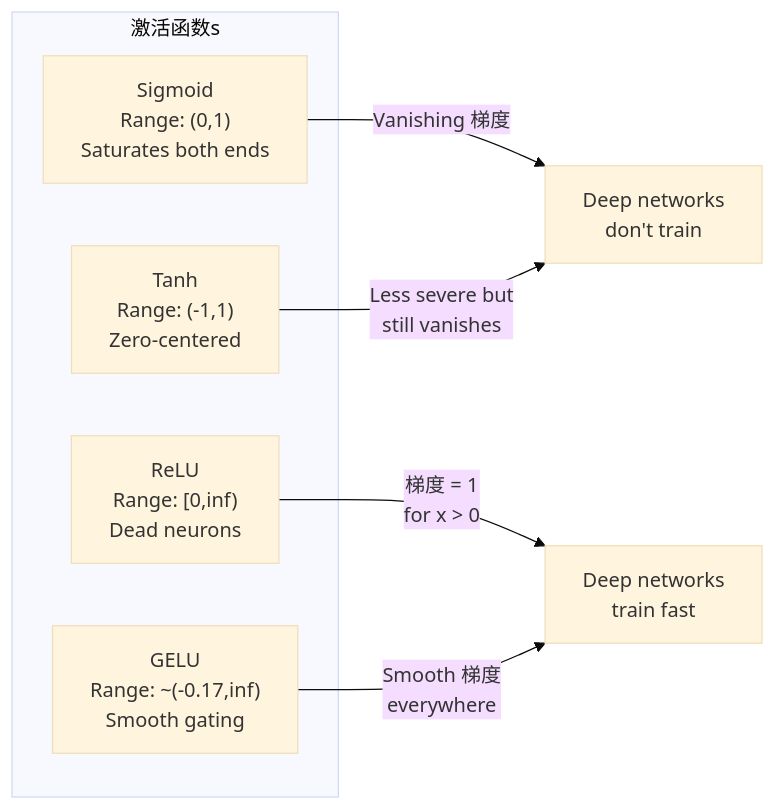
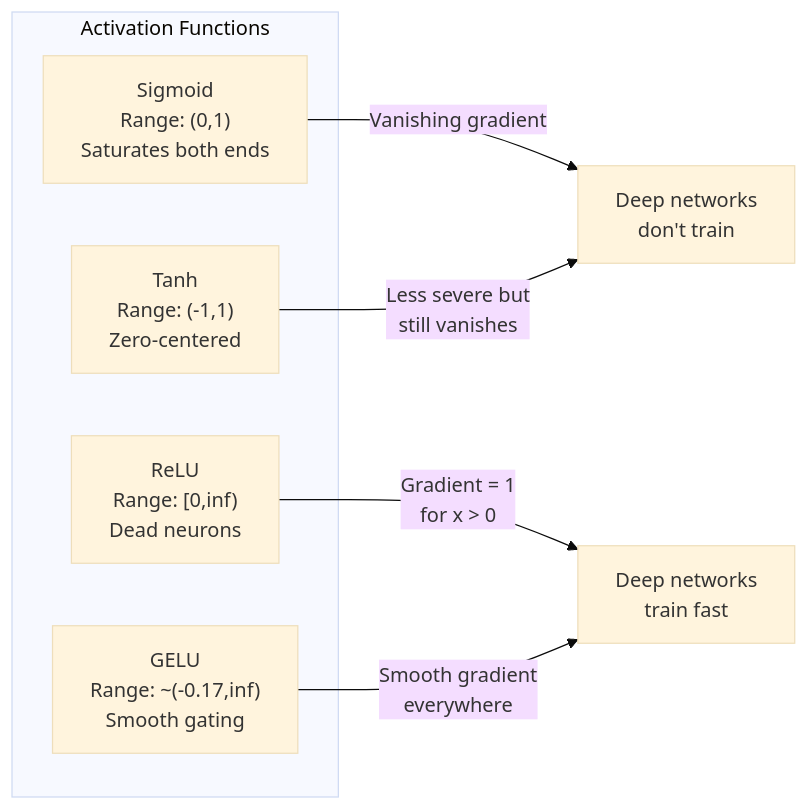
The first of 3 diagrams in phases/03-deep-learning-core/04-activation-functions/docs/zh.md (arwei944/ai-engineering-from-scratch), drawn with Mermaid (base theme) before and after one commit. The commit also changed other lines of this file and 65 other files, not shown here.

````diff
--- a/phases/03-deep-learning-core/04-activation-functions/docs/zh.md
+++ b/phases/03-deep-learning-core/04-activation-functions/docs/zh.md
@@ -169,13 +169,13 @@
 ```mermaid
 graph LR
-    subgraph "激活函数s"
+    subgraph "Activation Functions"
         S["Sigmoid<br/>Range: (0,1)<br/>Saturates both ends"]
         T["Tanh<br/>Range: (-1,1)<br/>Zero-centered"]
         R["ReLU<br/>Range: [0,inf)<br/>Dead neurons"]
         G["GELU<br/>Range: ~(-0.17,inf)<br/>Smooth gating"]
     end
-    S -->|"Vanishing 梯度"| Problem["Deep networks<br/>don't train"]
+    S -->|"Vanishing gradient"| Problem["Deep networks<br/>don't train"]
     T -->|"Less severe but<br/>still vanishes"| Problem
-    R -->|"梯度 = 1<br/>for x > 0"| Solution["Deep networks<br/>train fast"]
-    G -->|"Smooth 梯度<br/>everywhere"| Solution
+    R -->|"Gradient = 1<br/>for x > 0"| Solution["Deep networks<br/>train fast"]
+    G -->|"Smooth gradient<br/>everywhere"| Solution
 ```
````
